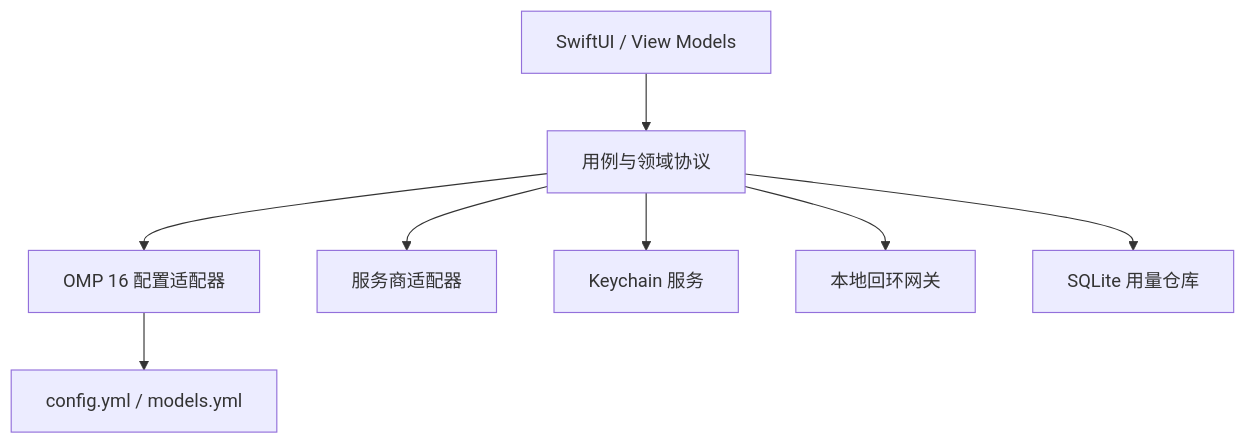
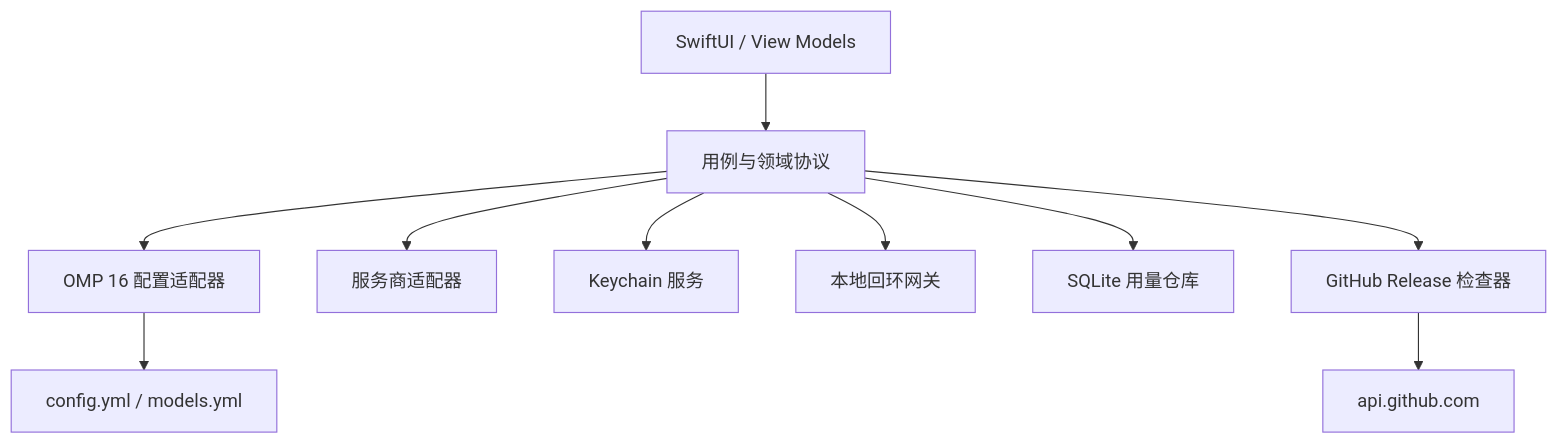
Before and after one commit to isaac-sun/omp-api-manager: the diagram in docs/zh-CN/architecture.md, drawn with Mermaid. The commit also changed other lines of this file and 21 other files, not shown here.

````diff
--- a/docs/zh-CN/architecture.md
+++ b/docs/zh-CN/architecture.md
@@ -7,10 +7,12 @@
 ```mermaid
 flowchart TB
   UI["SwiftUI / View Models"] --> Core["用例与领域协议"]
   Core --> OMP["OMP 16 配置适配器"]
   Core --> Provider["服务商适配器"]
   Core --> Vault["Keychain 服务"]
   Core --> Gateway["本地回环网关"]
   Core --> Store["SQLite 用量仓库"]
+  Core --> Updates["GitHub Release 检查器"]
   OMP --> Files["config.yml / models.yml"]
+  Updates --> GitHub["api.github.com"]
 ```
````
